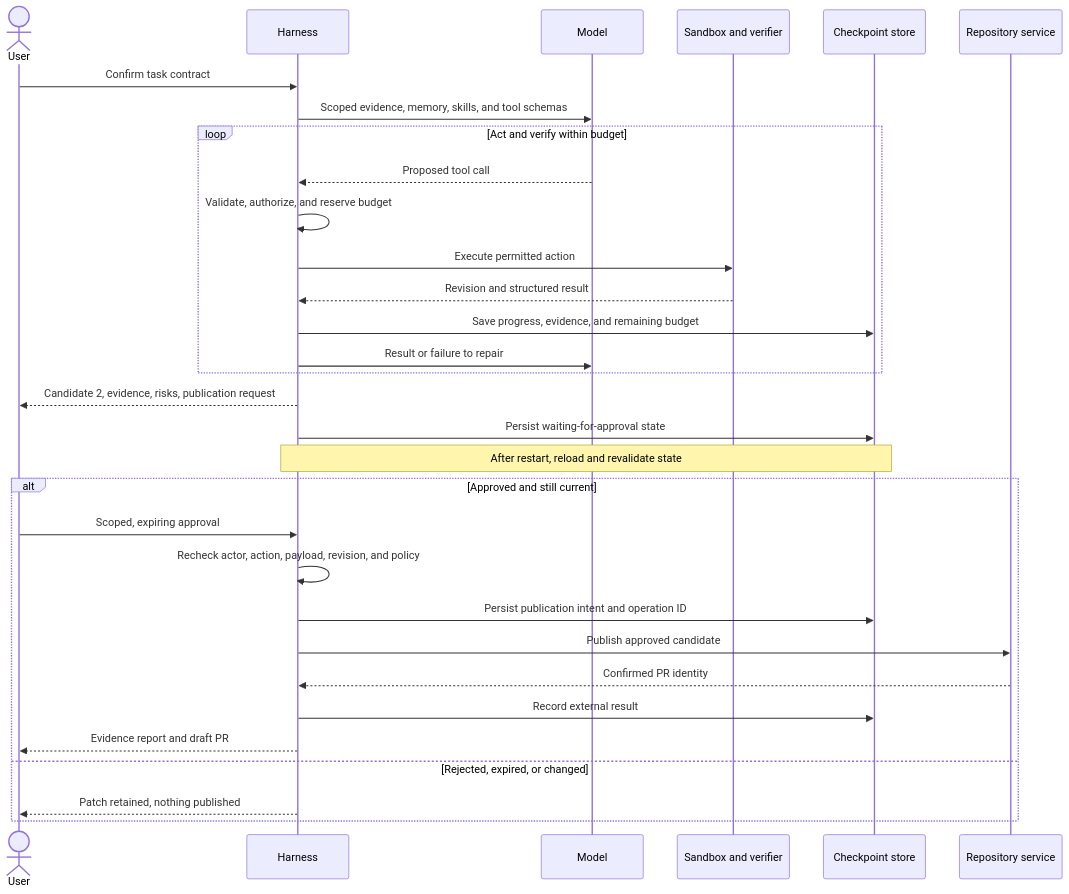
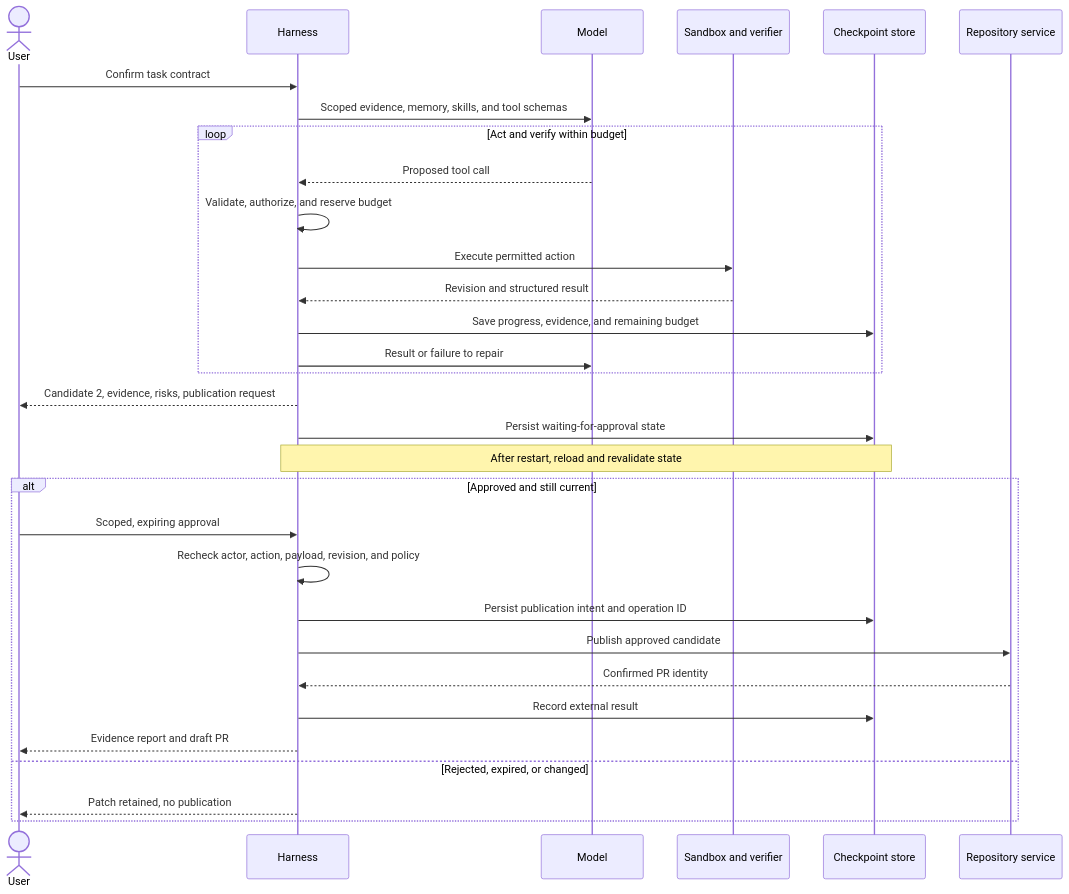
Before and after one commit to frkim/agent-harness: the diagram in docs/examples.md, drawn with Mermaid. The commit also changed 1 other file, not shown here.

Commit message:
Avoid GitHub Mermaid `end` parse failures (#22)
* Initial plan

* Add Mermaid rendering instruction

---------

````diff
--- a/docs/examples.md
+++ b/docs/examples.md
@@ -148,33 +148,33 @@
 ```mermaid
 sequenceDiagram
     actor User
     participant Harness
     participant Model
     participant Sandbox as Sandbox and verifier
     participant State as Checkpoint store
     participant Git as Repository service
     User->>Harness: Confirm task contract
     Harness->>Model: Scoped evidence, memory, skills, and tool schemas
     loop Act and verify within budget
         Model-->>Harness: Proposed tool call
         Harness->>Harness: Validate, authorize, and reserve budget
         Harness->>Sandbox: Execute permitted action
         Sandbox-->>Harness: Revision and structured result
         Harness->>State: Save progress, evidence, and remaining budget
         Harness->>Model: Result or failure to repair
     end
     Harness-->>User: Candidate 2, evidence, risks, publication request
     Harness->>State: Persist waiting-for-approval state
     Note over Harness,State: After restart, reload and revalidate state
     alt Approved and still current
         User->>Harness: Scoped, expiring approval
         Harness->>Harness: Recheck actor, action, payload, revision, and policy
         Harness->>State: Persist publication intent and operation ID
         Harness->>Git: Publish approved candidate
         Git-->>Harness: Confirmed PR identity
         Harness->>State: Record external result
         Harness-->>User: Evidence report and draft PR
     else Rejected, expired, or changed
-        Harness-->>User: Patch retained, nothing published
+        Harness-->>User: Patch retained, no publication
     end
 ```
````
